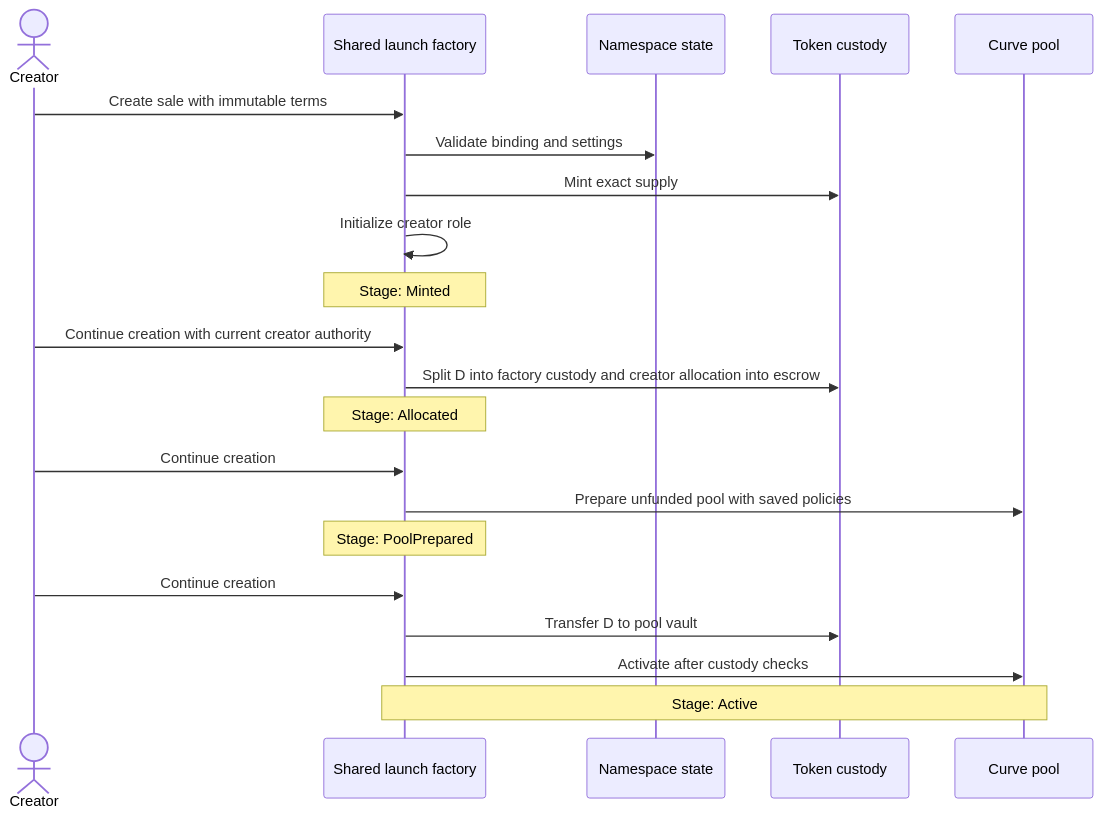
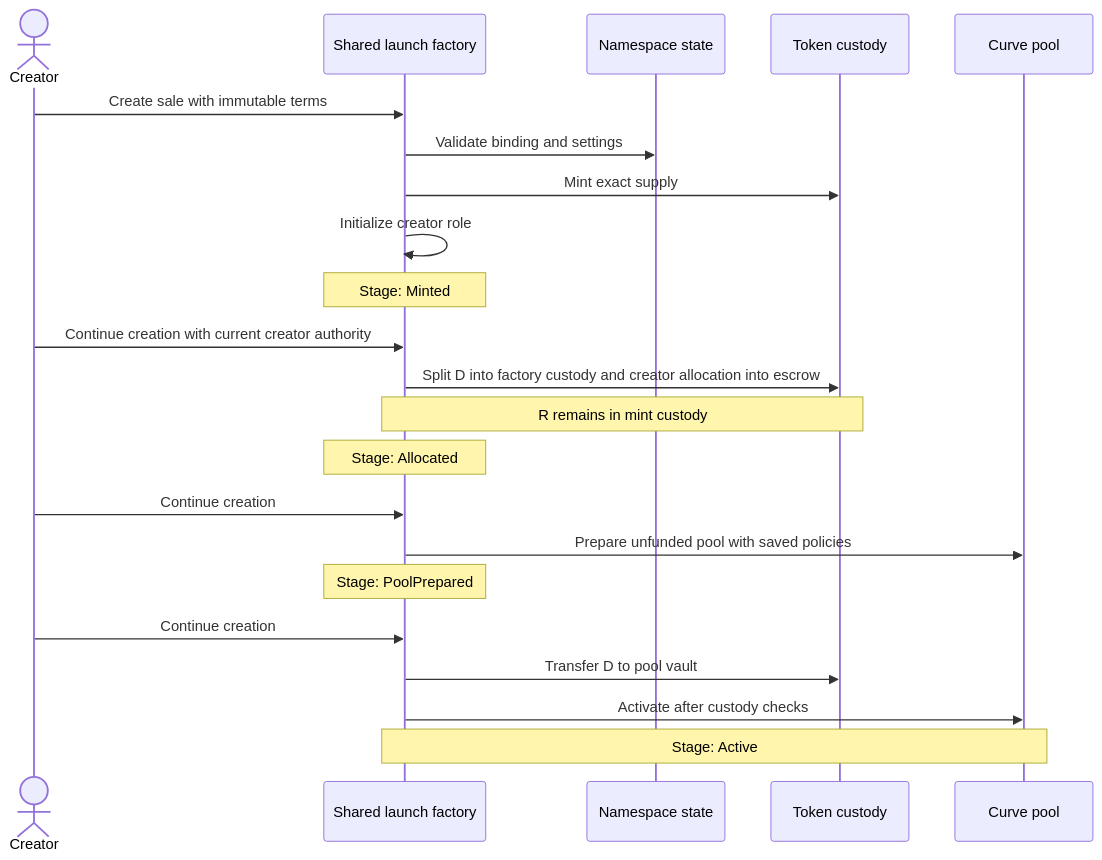
The diagram in docs/architecture/sequence-diagrams/create-curve-pool.md (bleu/logos-launchpad), drawn with Mermaid before and after one commit. The commit also changed other lines of this file and 37 other files, not shown here.

````diff
--- a/docs/architecture/sequence-diagrams/create-curve-pool.md
+++ b/docs/architecture/sequence-diagrams/create-curve-pool.md
@@ -7,24 +7,25 @@
 ```mermaid
 sequenceDiagram
     actor Creator
     participant Factory as Shared launch factory
     participant Namespace as Namespace state
     participant Tokens as Token custody
     participant Pool as Curve pool
 
     Creator->>Factory: Create sale with immutable terms
     Factory->>Namespace: Validate binding and settings
     Factory->>Tokens: Mint exact supply
     Factory->>Factory: Initialize creator role
     Note over Factory: Stage: Minted
     Creator->>Factory: Continue creation with current creator authority
     Factory->>Tokens: Split D into factory custody and creator allocation into escrow
+    Note over Factory,Tokens: R remains in mint custody
     Note over Factory: Stage: Allocated
     Creator->>Factory: Continue creation
     Factory->>Pool: Prepare unfunded pool with saved policies
     Note over Factory: Stage: PoolPrepared
     Creator->>Factory: Continue creation
     Factory->>Tokens: Transfer D to pool vault
     Factory->>Pool: Activate after custody checks
     Note over Factory,Pool: Stage: Active
 ```
````
